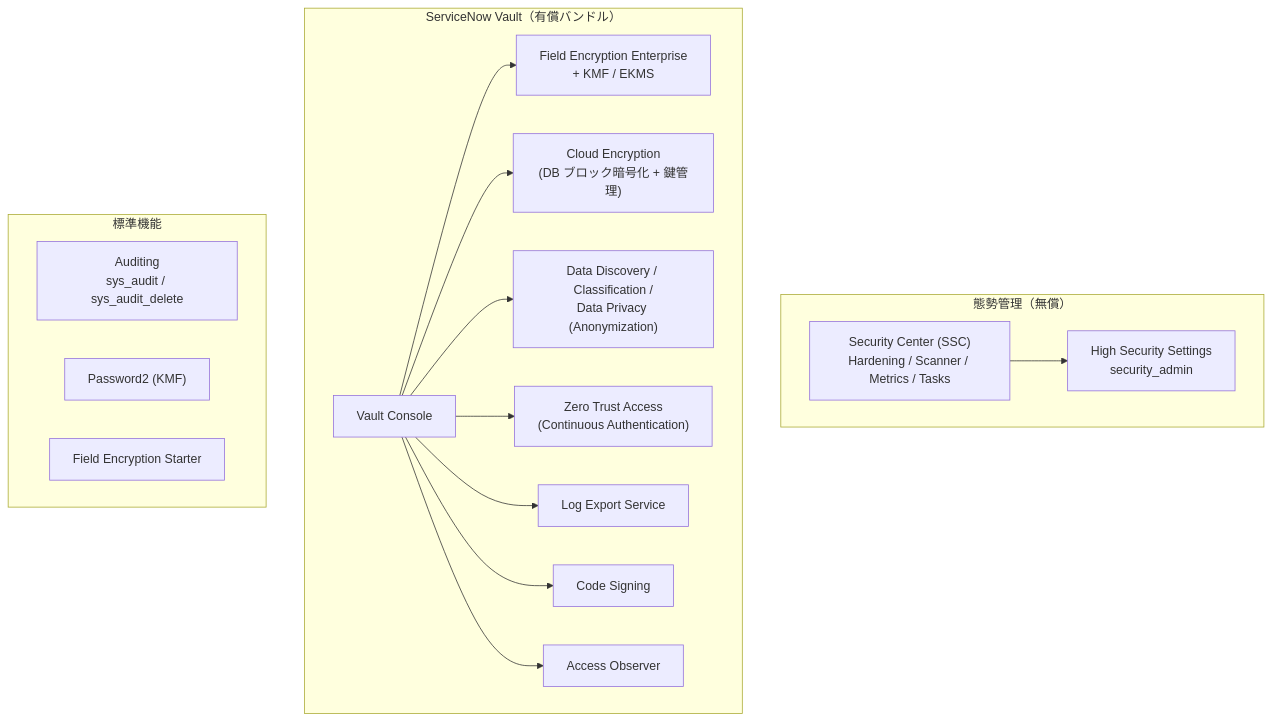
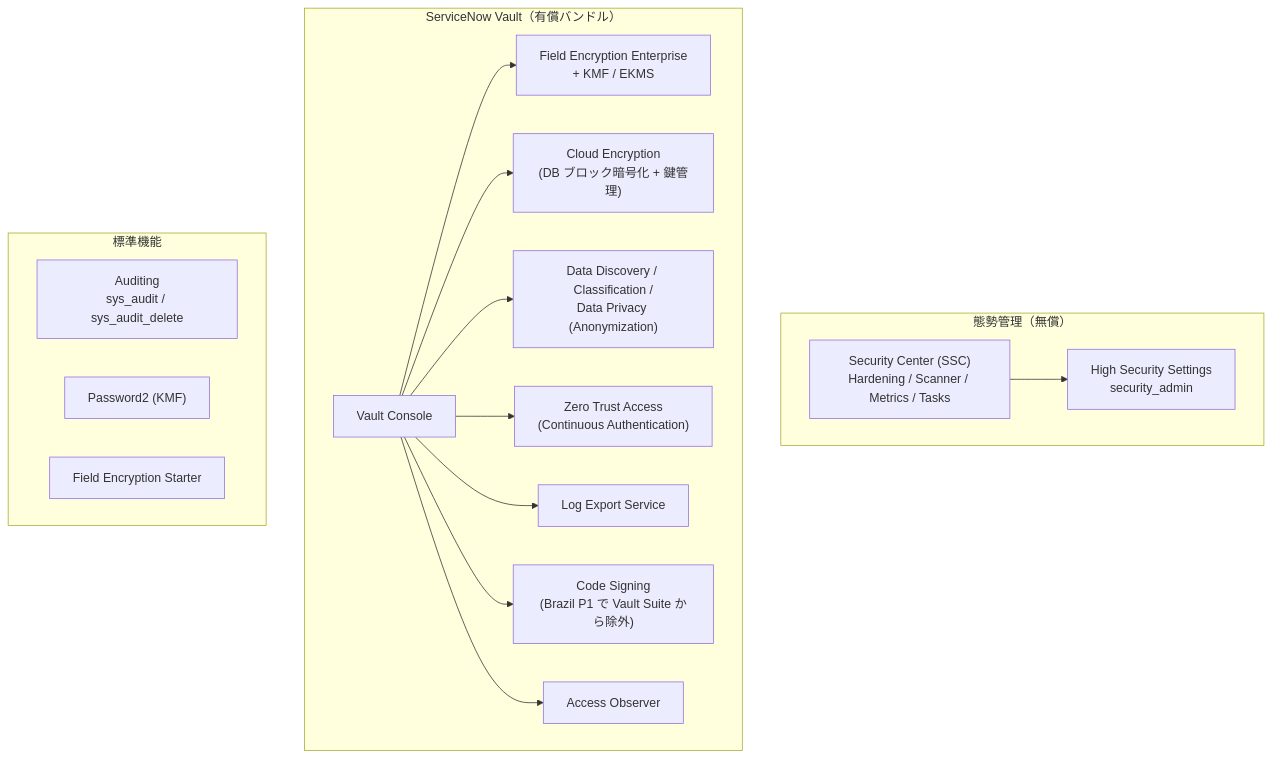
The first of 3 diagrams in ServiceNow/02_リファレンス/platform/platform-security-encryption.md (hidefumiagata/platform-doc), drawn with Mermaid before and after one commit. The commit also changed other lines of this file and 346 other files, not shown here.

````diff
--- a/ServiceNow/02_リファレンス/platform/platform-security-encryption.md
+++ b/ServiceNow/02_リファレンス/platform/platform-security-encryption.md
@@ -72,24 +85,24 @@
 ```mermaid
 flowchart TB
   subgraph Posture["態勢管理（無償）"]
     SSC["Security Center (SSC)<br/>Hardening / Scanner / Metrics / Tasks"]
     HSS["High Security Settings<br/>security_admin"]
   end
   subgraph Vault["ServiceNow Vault（有償バンドル）"]
     VC["Vault Console"]
     FE["Field Encryption Enterprise<br/>+ KMF / EKMS"]
     CE["Cloud Encryption<br/>(DB ブロック暗号化 + 鍵管理)"]
     DP["Data Discovery / Classification /<br/>Data Privacy (Anonymization)"]
     ZTA["Zero Trust Access<br/>(Continuous Authentication)"]
     LES["Log Export Service"]
-    CS["Code Signing"]
+    CS["Code Signing<br/>(Brazil P1 で Vault Suite から除外)"]
     AO["Access Observer"]
   end
   subgraph Base["標準機能"]
     AUD["Auditing<br/>sys_audit / sys_audit_delete"]
     P2["Password2 (KMF)"]
     FES["Field Encryption Starter"]
   end
   VC --> FE & CE & DP & ZTA & LES & CS & AO
   SSC --> HSS
 ```
````
